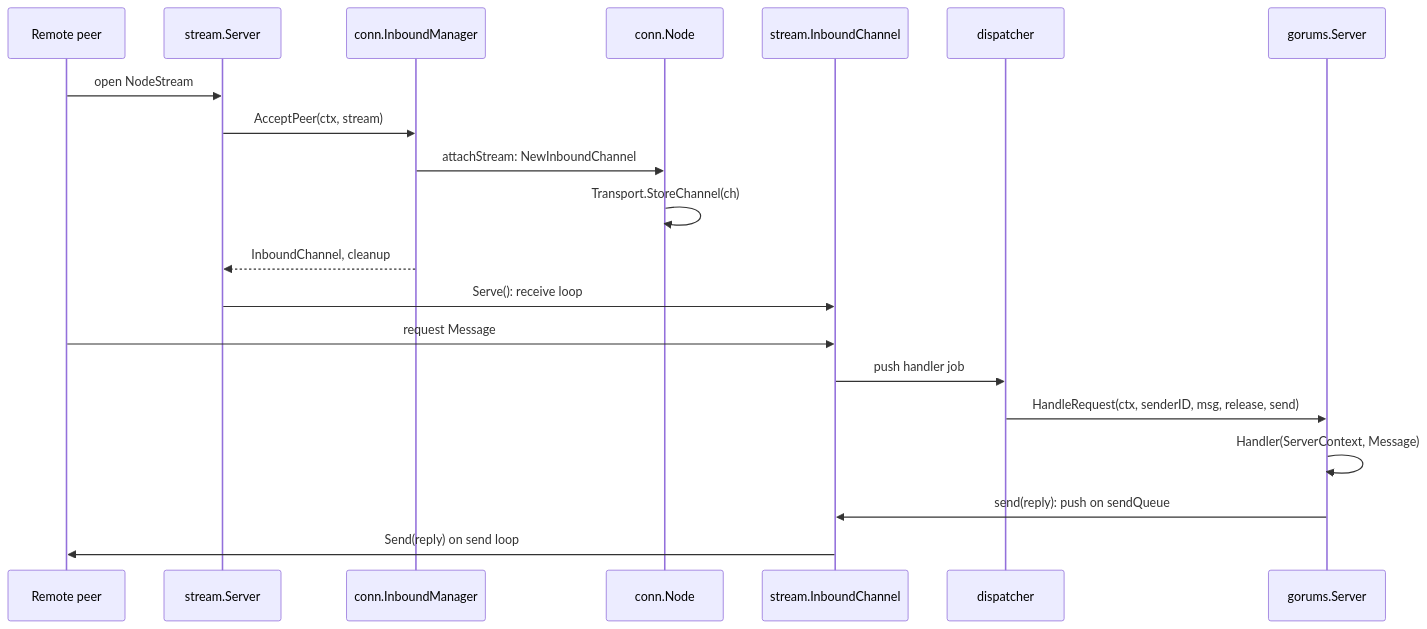
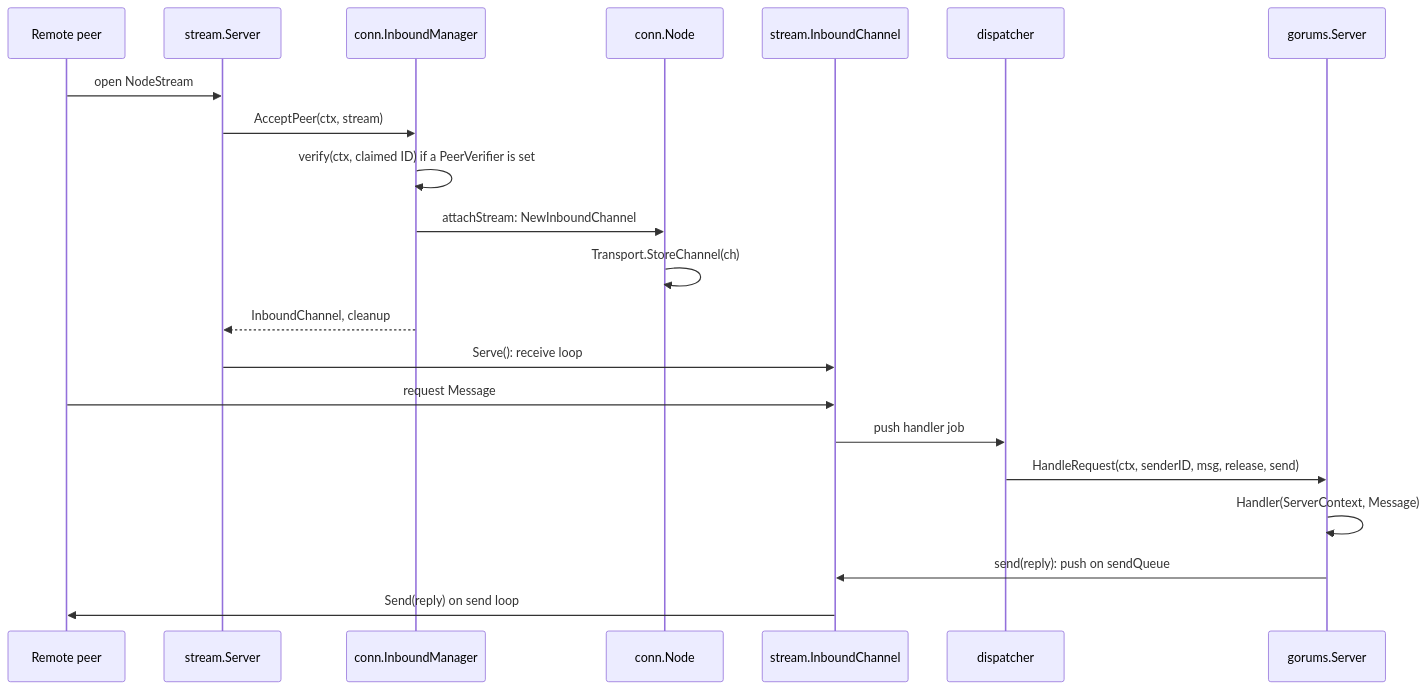
The eighth of 8 diagrams in doc/dev-guide.md (relab/gorums), drawn with Mermaid before and after one commit. The commit also changed other lines of this file and 12 other files, not shown here.

````diff
--- a/doc/dev-guide.md
+++ b/doc/dev-guide.md
@@ -509,23 +513,24 @@
 ```mermaid
 sequenceDiagram
     participant P as Remote peer
     participant SS as stream.Server
     participant IM as conn.InboundManager
     participant N as conn.Node
     participant IC as stream.InboundChannel
     participant D as dispatcher
     participant H as gorums.Server
 
     P->>SS: open NodeStream
     SS->>IM: AcceptPeer(ctx, stream)
+    IM->>IM: verify(ctx, claimed ID) if a PeerVerifier is set
     IM->>N: attachStream: NewInboundChannel
     N->>N: Transport.StoreChannel(ch)
     IM-->>SS: InboundChannel, cleanup
     SS->>IC: Serve(): receive loop
     P->>IC: request Message
     IC->>D: push handler job
     D->>H: HandleRequest(ctx, senderID, msg, release, send)
     H->>H: Handler(ServerContext, Message)
     H->>IC: send(reply): push on sendQueue
     IC->>P: Send(reply) on send loop
 ```
````
